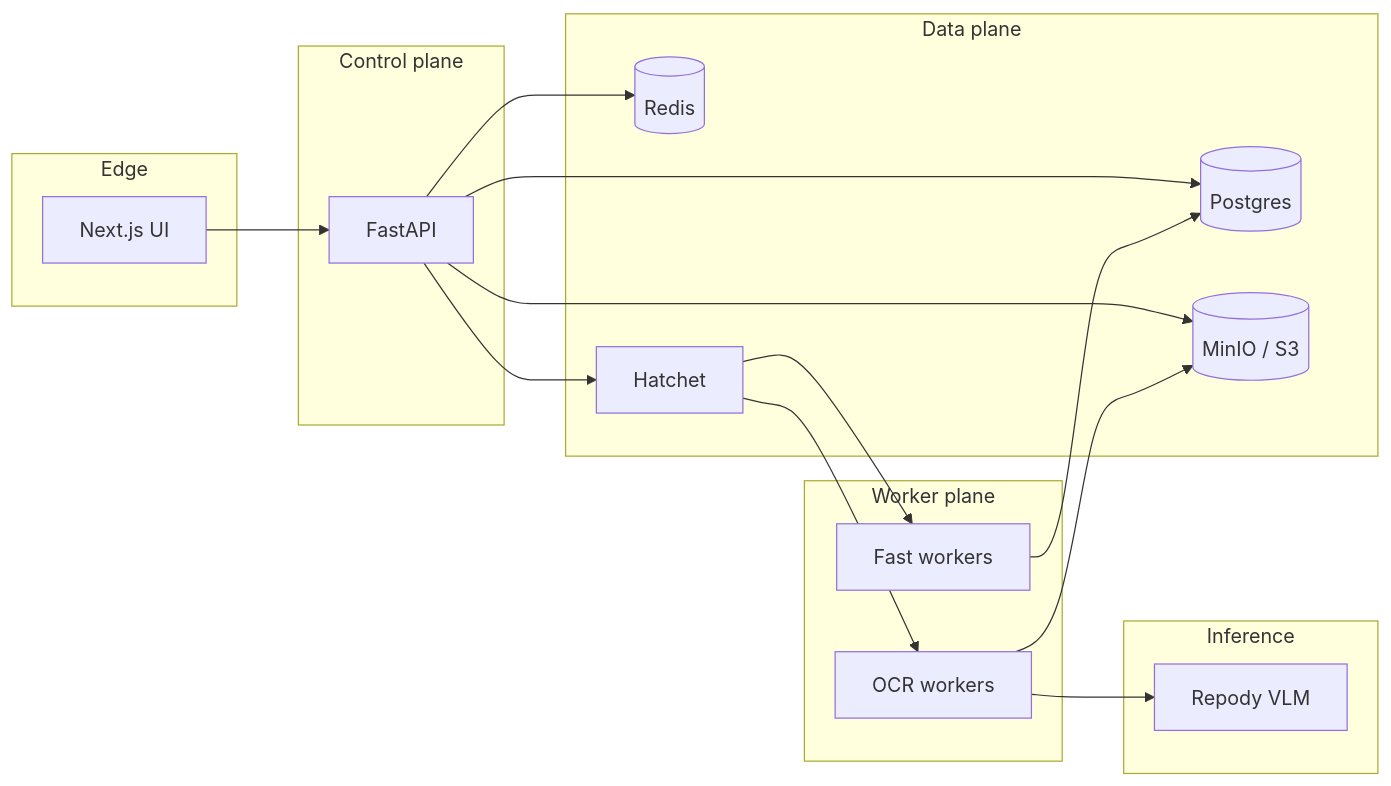
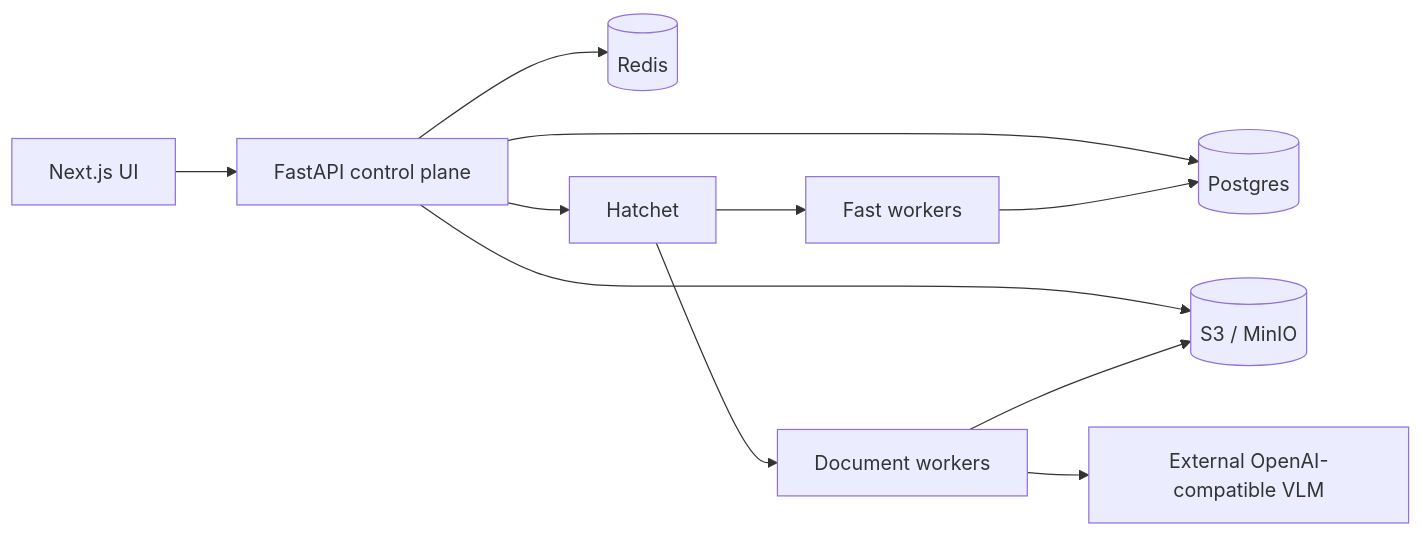
Before and after one commit to MehdiGououiad/repody: the diagram in README.md, drawn with Mermaid. The commit also changed other lines of this file and 356 other files, not shown here.

````diff
--- a/README.md
+++ b/README.md
@@ -20,33 +19,13 @@
 ```mermaid
 flowchart LR
-  subgraph edge [Edge]
-    Web[Next.js UI]
-  end
-  subgraph control [Control plane]
-    API[FastAPI]
-  end
-  subgraph workers [Worker plane]
-    WO[OCR workers]
-    WF[Fast workers]
-  end
-  subgraph data [Data plane]
-    PG[(Postgres)]
-    RD[(Redis)]
-    S3[(MinIO / S3)]
-    H[Hatchet]
-  end
-  subgraph inference [Inference]
-    VLM[Repody VLM]
-  end
-
-  Web --> API
-  API --> PG
-  API --> RD
-  API --> S3
-  API --> H
-  H --> WO
-  H --> WF
-  WO --> VLM
+  Web[Next.js UI] --> API[FastAPI control plane]
+  API --> PG[(Postgres)]
+  API --> RD[(Redis)]
+  API --> S3[(S3 / MinIO)]
+  API --> H[Hatchet]
+  H --> WO[Document workers]
+  H --> WF[Fast workers]
+  WO --> VLM[External OpenAI-compatible VLM]
   WO --> S3
   WF --> PG
 ```
````
